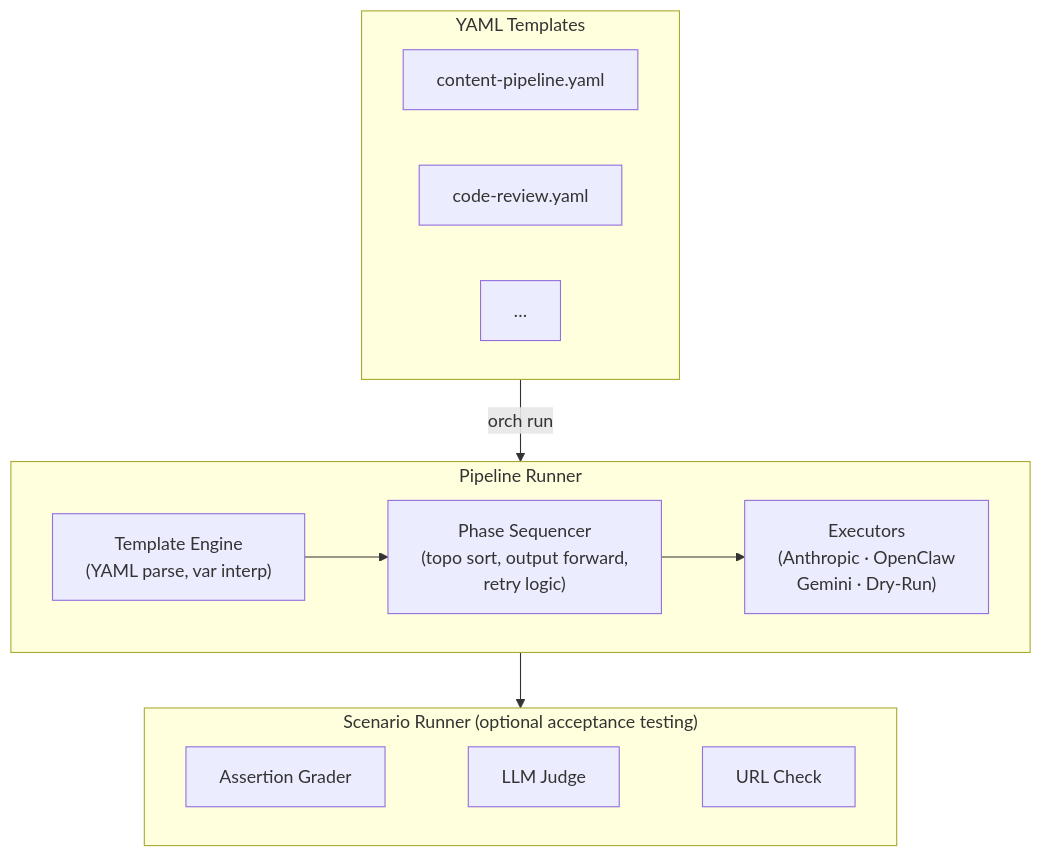
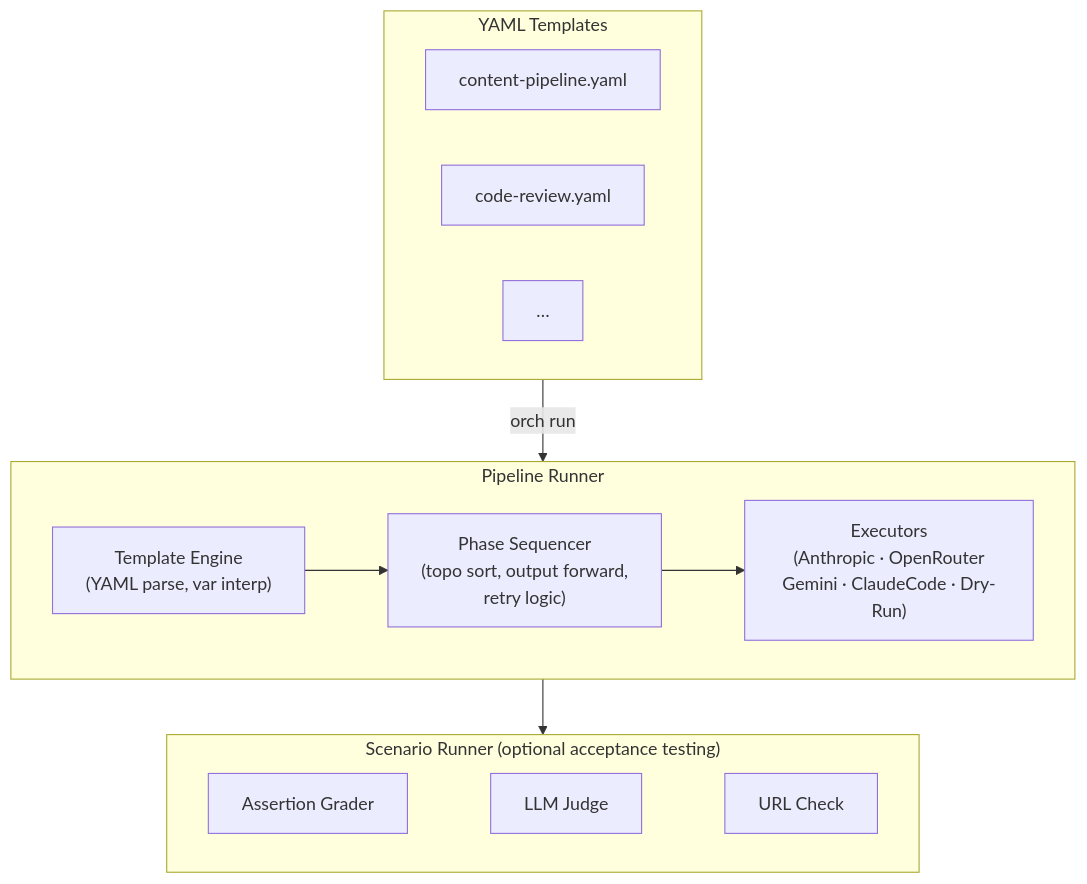
One commit to ToscanAI/orchemist changed the diagram in README.md. Above: the diagram before and after it, drawn with Mermaid. The commit also changed other lines of this file and 7 other files, not shown here.

````diff
--- a/README.md
+++ b/README.md
@@ -196,21 +198,21 @@
 ```mermaid
 flowchart TD
     subgraph Templates["YAML Templates"]
         T1["content-pipeline.yaml"]
         T2["code-review.yaml"]
         T3["…"]
     end
 
     Templates -- "orch run" --> Runner
 
     subgraph Runner["Pipeline Runner"]
         TE["Template Engine\n(YAML parse, var interp)"] --> PS["Phase Sequencer\n(topo sort, output forward,\nretry logic)"]
-        PS --> EX["Executors\n(Anthropic · OpenClaw\nGemini · Dry-Run)"]
+        PS --> EX["Executors\n(Anthropic · OpenRouter\nGemini · ClaudeCode · Dry-Run)"]
     end
 
     Runner --> SR
 
     subgraph SR["Scenario Runner (optional acceptance testing)"]
         AG["Assertion Grader"] ~~~ LJ["LLM Judge"] ~~~ UC["URL Check"]
     end
 ```
````
